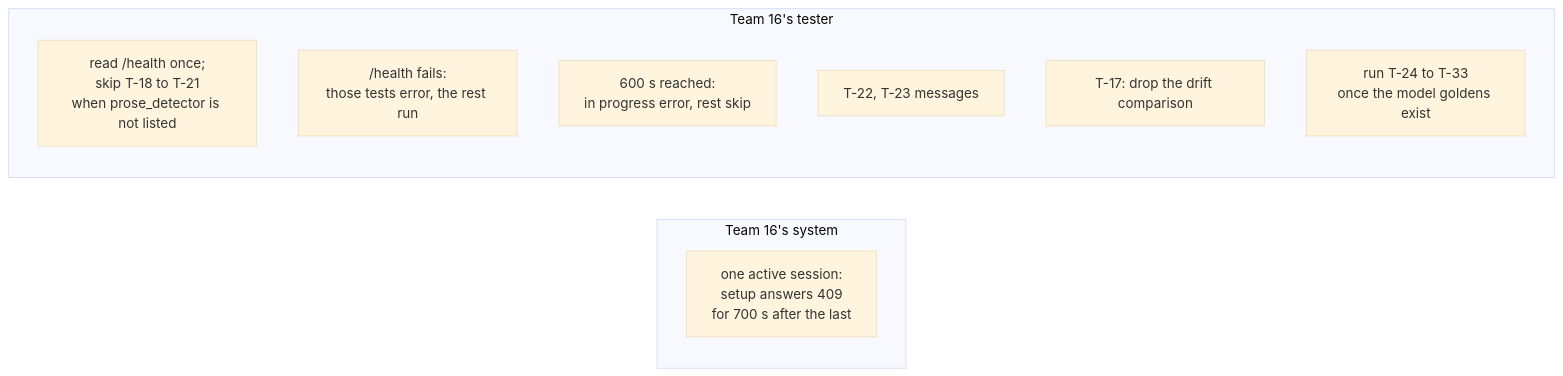
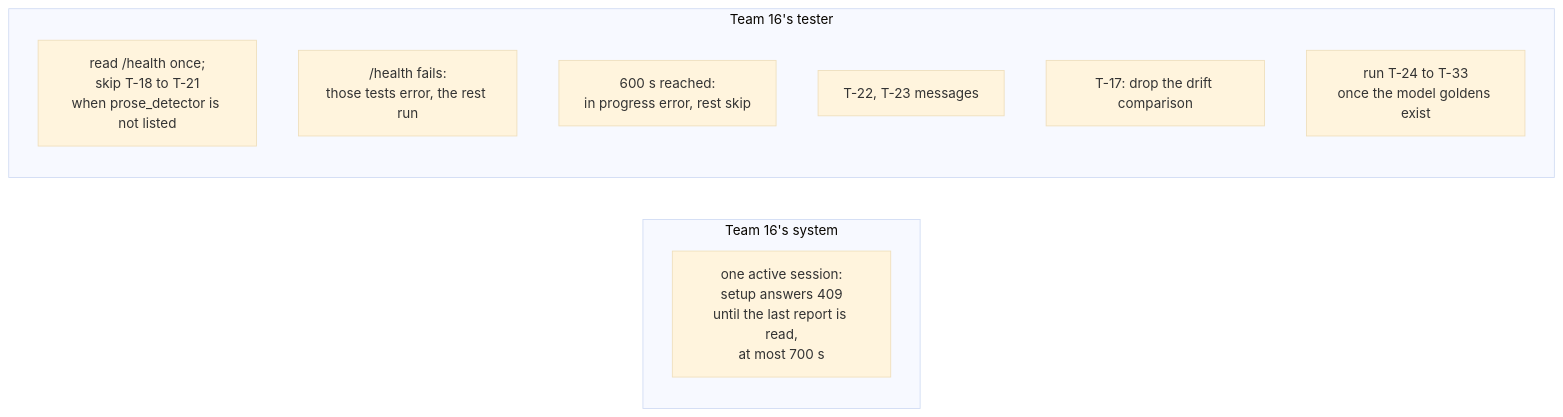
One commit to MuhammadSban/DocumentationModelDrifter changed the third of 3 diagrams in docs/history/contract-2.4.0-changes.md. Above: the diagram before and after it, drawn with Mermaid (base theme). The commit also changed other lines of this file and 4 other files, not shown here.

First line of the commit message:
Publish drift answers in two groups and free sessions on report read

````diff
--- a/docs/history/contract-2.4.0-changes.md
+++ b/docs/history/contract-2.4.0-changes.md
@@ -131,14 +138,14 @@
 ```mermaid
 flowchart LR
     subgraph S16["Team 16's system"]
-        N1["one active session:<br/>setup answers 409<br/>for 700 s after the last"]
+        N1["one active session:<br/>setup answers 409<br/>until the last report is read,<br/>at most 700 s"]
     end
     subgraph T16["Team 16's tester"]
         R1["read /health once;<br/>skip T-18 to T-21<br/>when prose_detector is not listed"]
         R2["/health fails:<br/>those tests error, the rest run"]
         R3["600 s reached:<br/>in progress error, rest skip"]
         R4["T-22, T-23 messages"]
         R5["T-17: drop the drift comparison"]
         R6["run T-24 to T-33<br/>once the model goldens exist"]
     end
 ```
````
